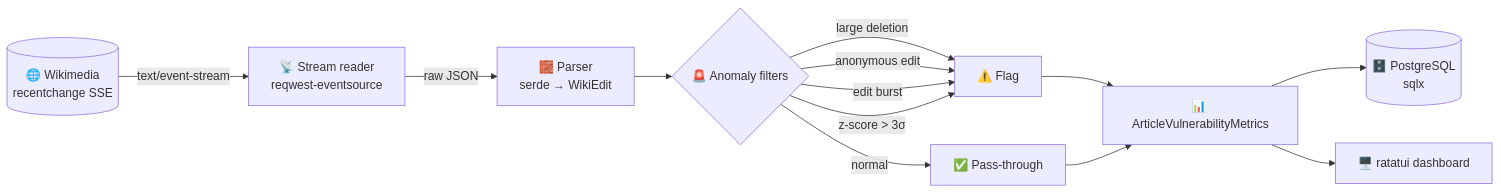
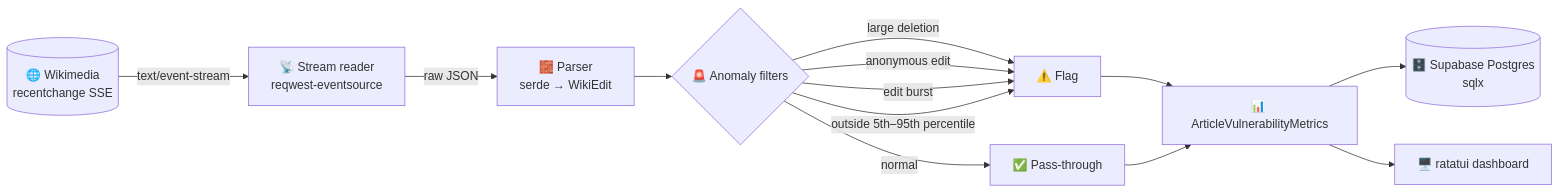
Before and after one commit to Iamacedigitals/firstpractice: the first of 2 diagrams in README.md, drawn with Mermaid. The commit also changed other lines of this file, not shown here.

First line of the commit message:
Change PostgreSQL to Supabase Postgres in README

````diff
--- a/README.md
+++ b/README.md
@@ -73,15 +96,15 @@
 ```mermaid
 flowchart LR
     A[("🌐 Wikimedia<br/>recentchange SSE")] -->|text/event-stream| B["📡 Stream reader<br/>reqwest-eventsource"]
     B -->|raw JSON| C["🧱 Parser<br/>serde → WikiEdit"]
     C --> D{"🚨 Anomaly filters"}
     D -->|large deletion| E["⚠️ Flag"]
     D -->|anonymous edit| E
     D -->|edit burst| E
-    D -->|z-score &gt; 3σ| E
+    D -->|outside 5th–95th percentile| E
     D -->|normal| F["✅ Pass-through"]
     E --> G["📊 ArticleVulnerabilityMetrics"]
     F --> G
-    G --> H[("🗄️ PostgreSQL<br/>sqlx")]
+    G --> H[("🗄️ Supabase Postgres<br/>sqlx")]
     G --> I["🖥️ ratatui dashboard"]
 ```
````
